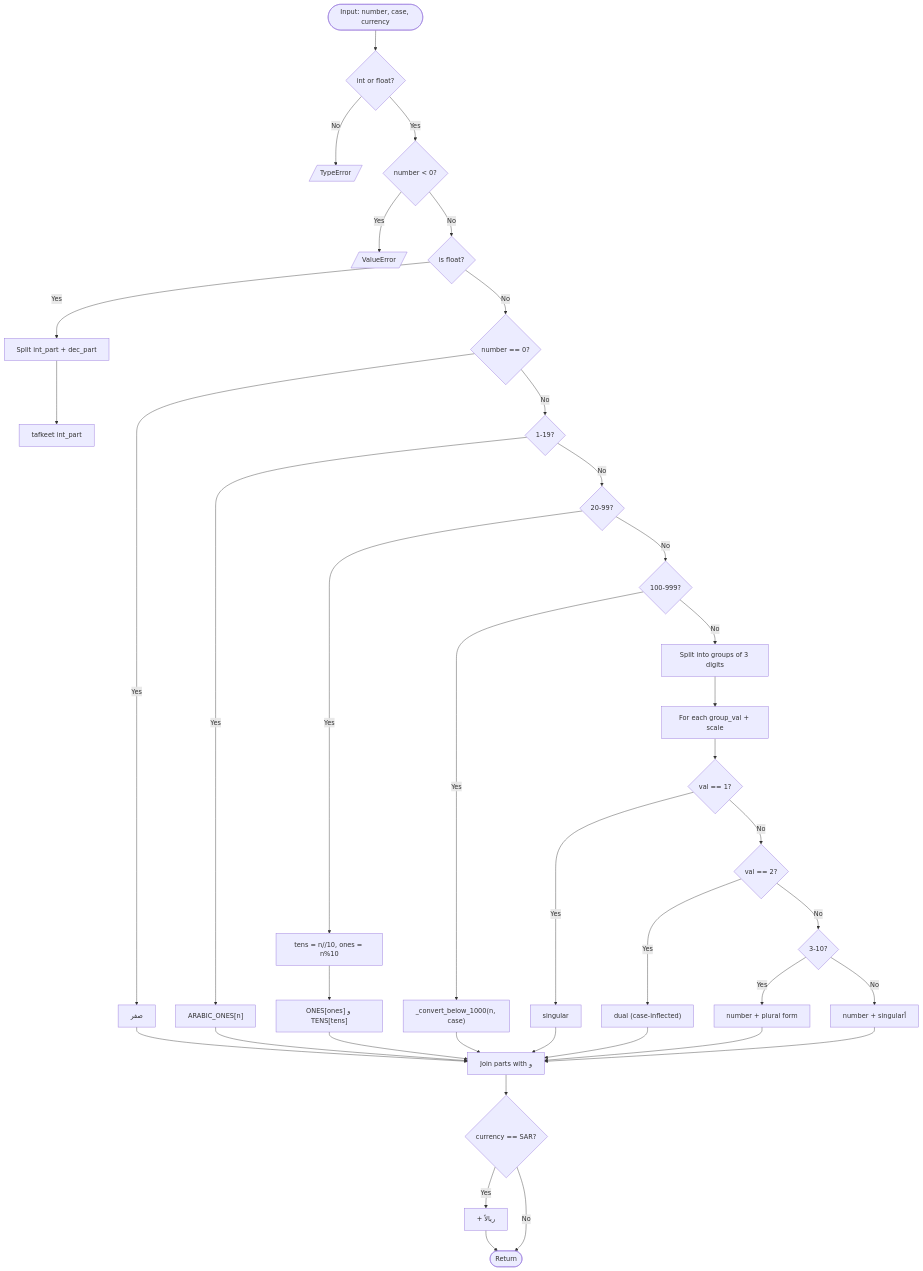
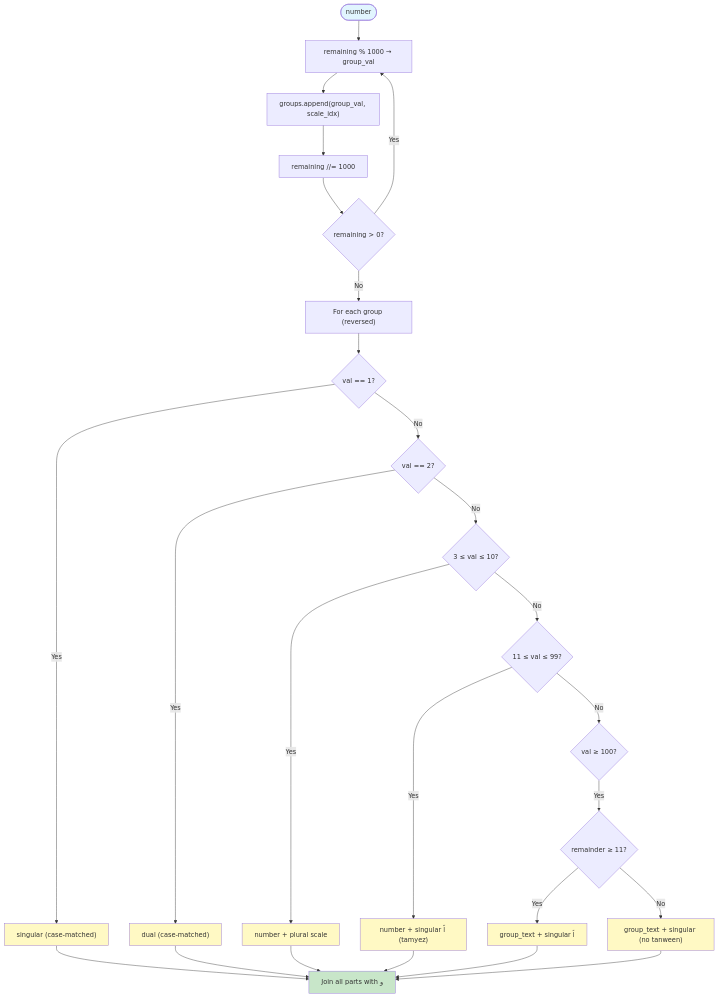
One commit to mralwaleed/SahlNLP changed the diagram in README.md. Above: the diagram before and after it, drawn with Mermaid. The commit also changed other lines of this file and 16 other files, not shown here.

````diff
--- a/README.md
+++ b/README.md
@@ -196,40 +270,31 @@
 ```mermaid
 flowchart TD
-    Start([Input: number, case, currency]) --> TypeCheck{int or float?}
-    TypeCheck -- No --> ErrorType[/TypeError/]
-    TypeCheck -- Yes --> SignCheck{number < 0?}
-    SignCheck -- Yes --> ErrorVal[/ValueError/]
-    SignCheck -- No --> FloatCheck{is float?}
+    Input(["number"]) --> Split["remaining % 1000 → group_val"]
+    Split --> Push["groups.append(group_val, scale_idx)"]
+    Push --> Divide["remaining //= 1000"]
+    Divide --> Check{remaining > 0?}
+    Check -- Yes --> Split
+    Check -- No --> Process["For each group (reversed)"]
+    Process --> R1{val == 1?}
+    R1 -- Yes --> S1["singular (case-matched)"]
+    R1 -- No --> R2{val == 2?}
+    R2 -- Yes --> S2["dual (case-matched)"]
+    R2 -- No --> R3{3 ≤ val ≤ 10?}
+    R3 -- Yes --> S3["number + plural scale"]
+    R3 -- No --> R4{11 ≤ val ≤ 99?}
+    R4 -- Yes --> S4["number + singular اً (tamyez)"]
+    R4 -- No --> R5{val ≥ 100?}
+    R5 -- Yes --> R6{"remainder ≥ 11?"}
+    R6 -- Yes --> S5["group_text + singular اً"]
+    R6 -- No --> S6["group_text + singular (no tanween)"]
+    S1 & S2 & S3 & S4 & S5 & S6 --> Join["Join all parts with و"]
 
-    FloatCheck -- Yes --> SplitFloat[Split int_part + dec_part]
-    SplitFloat --> RecurseInt[tafkeet int_part]
-
-    FloatCheck -- No --> ZeroCheck{number == 0?}
-    ZeroCheck -- Yes --> OutZero["صفر"]
-
-    ZeroCheck -- No --> Range1{1-19?}
-    Range1 -- Yes --> OutOnes["ARABIC_ONES[n]"]
-
-    Range1 -- No --> Range2{20-99?}
-    Range2 -- Yes --> SplitTens["tens = n//10, ones = n%10"]
-    SplitTens --> TensCompound["ONES[ones] و TENS[tens]"]
-
-    Range2 -- No --> Range3{100-999?}
-    Range3 -- Yes --> Convert100["_convert_below_1000(n, case)"]
-
-    Range3 -- No --> LargeNum[Split into groups of 3 digits]
-    LargeNum --> ForEach[For each group_val + scale]
-    ForEach --> GV1{val == 1?}
-    GV1 -- Yes --> OutSingular["singular"]
-    GV1 -- No --> GV2{val == 2?}
-    GV2 -- Yes --> OutDual["dual (case-inflected)"]
-    GV2 -- No --> GV3{"3-10?"}
-    GV3 -- Yes --> OutPlural["number + plural form"]
-    GV3 -- No --> OutAcc["number + singularاً"]
-
-    OutOnes & OutZero & TensCompound & Convert100 & OutSingular & OutDual & OutPlural & OutAcc --> Join["Join parts with و"]
-    Join --> SARCheck{currency == SAR?}
-    SARCheck -- Yes --> OutSAR["+ ريالاً"]
-    SARCheck -- No --> Done([Return])
-    OutSAR --> Done
+    style Input fill:#e1f5fe
+    style Join fill:#c8e6c9
+    style S1 fill:#fff9c4
+    style S2 fill:#fff9c4
+    style S3 fill:#fff9c4
+    style S4 fill:#fff9c4
+    style S5 fill:#fff9c4
+    style S6 fill:#fff9c4
 ```
````
